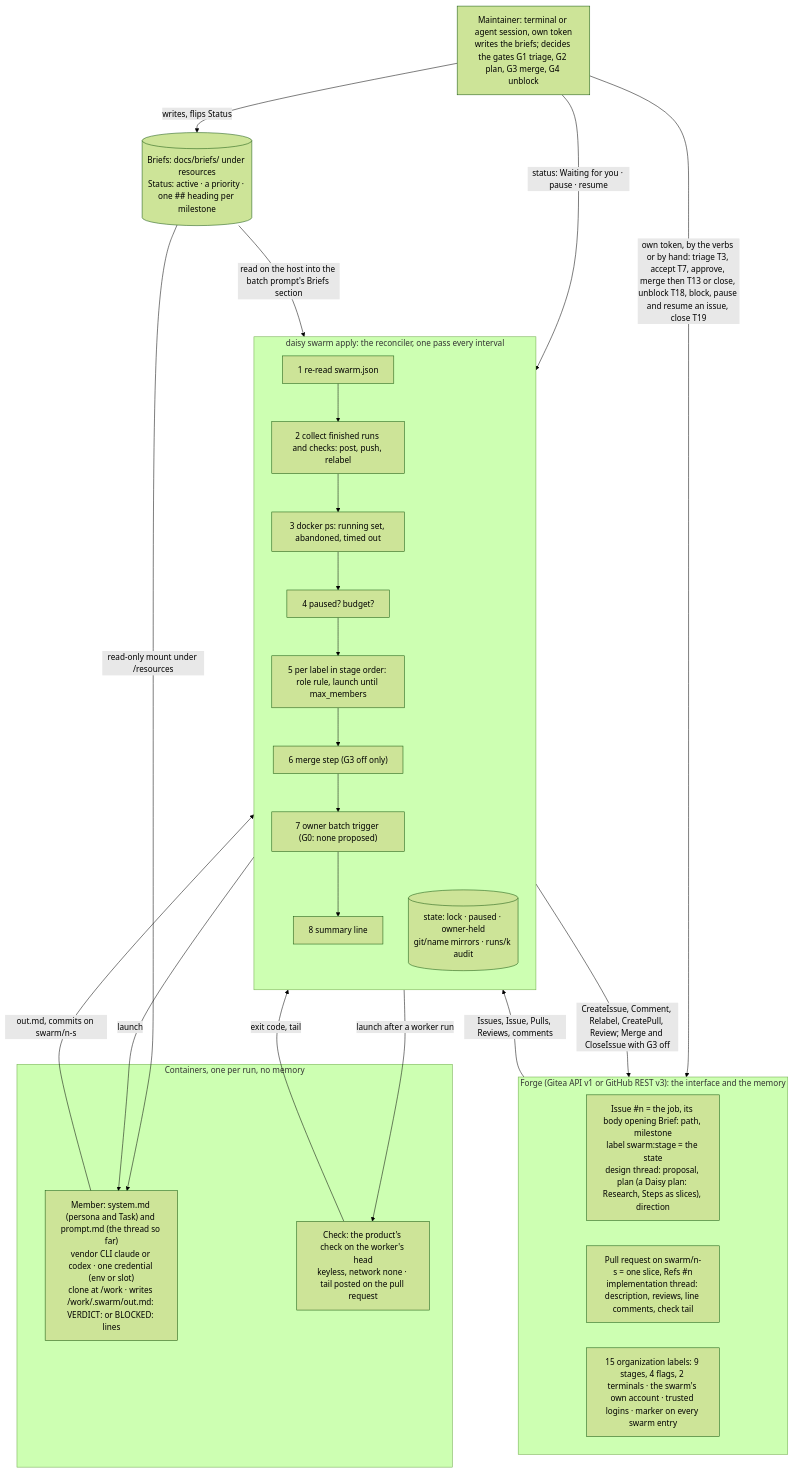
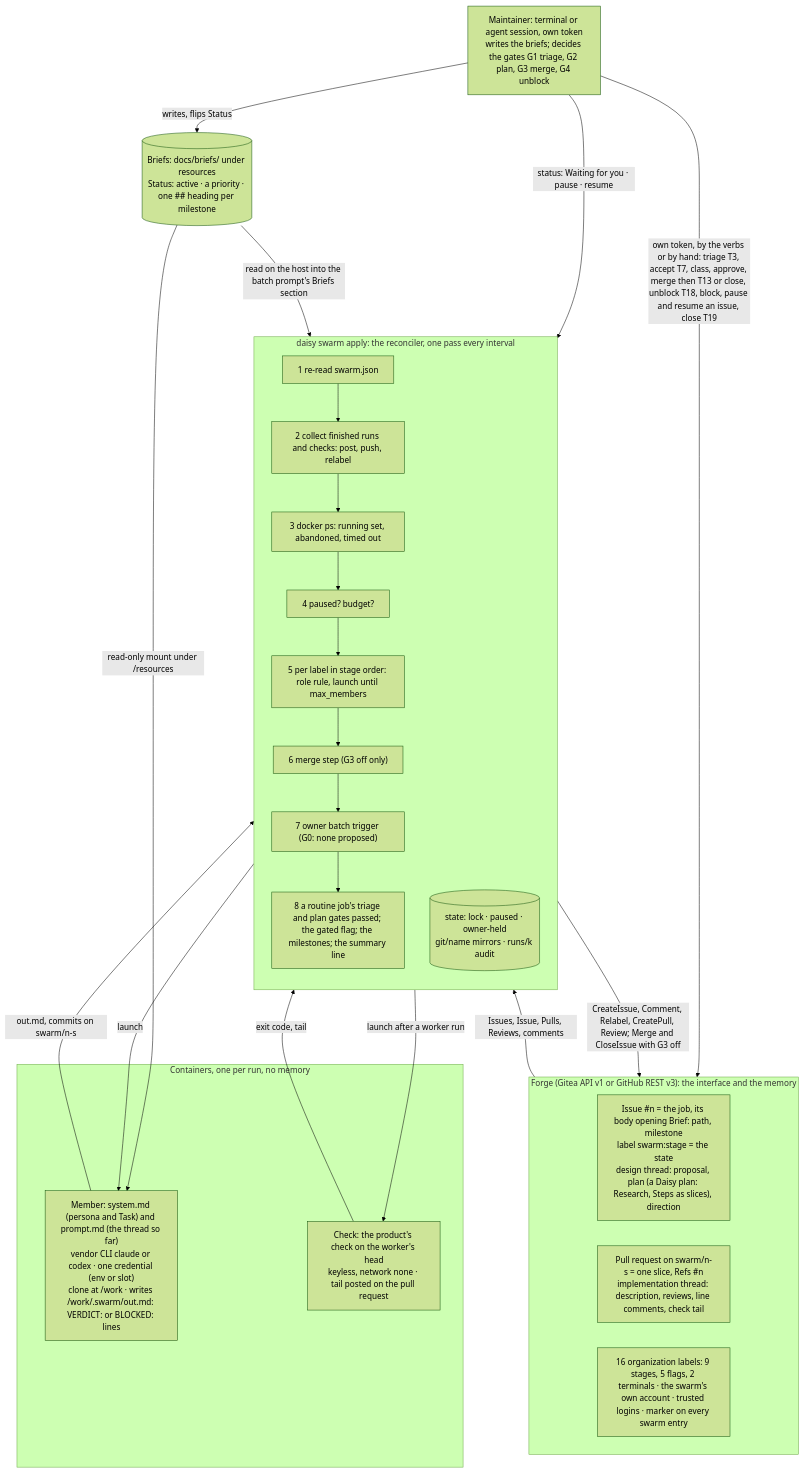
Before and after one commit to farraway/daisy: the first of 2 diagrams in docs/swarm.md, drawn with Mermaid (forest theme). The commit also changed other lines of this file and 30 other files, not shown here.

Commit message:
Step 20: gates by job class: a routine job passes triage and the plan by itself, swarm class, the sixteenth label

````diff
--- a/docs/swarm.md
+++ b/docs/swarm.md
@@ -162,36 +173,36 @@
 ```mermaid
 flowchart TB
   M["Maintainer: terminal or agent session, own token<br/>writes the briefs; decides the gates G1 triage, G2 plan, G3 merge, G4 unblock"]
   B[("Briefs: docs/briefs/ under resources<br/>Status: active · a priority · one ## heading per milestone")]
   subgraph F["Forge (Gitea API v1 or GitHub REST v3): the interface and the memory"]
     I["Issue #n = the job, its body opening Brief: path, milestone<br/>label swarm:stage = the state<br/>design thread: proposal, plan (a Daisy plan: Research, Steps as slices), direction"]
     P["Pull request on swarm/n-s = one slice, Refs #n<br/>implementation thread: description, reviews, line comments, check tail"]
-    L["15 organization labels: 9 stages, 4 flags, 2 terminals · the swarm's own account · trusted logins · marker on every swarm entry"]
+    L["16 organization labels: 9 stages, 5 flags, 2 terminals · the swarm's own account · trusted logins · marker on every swarm entry"]
   end
   subgraph A["daisy swarm apply: the reconciler, one pass every interval"]
     direction TB
     S1["1 re-read swarm.json"] --> S2["2 collect finished runs and checks: post, push, relabel"]
     S2 --> S3["3 docker ps: running set, abandoned, timed out"]
     S3 --> S4["4 paused? budget?"]
     S4 --> S5["5 per label in stage order: role rule, launch until max_members"]
     S5 --> S6["6 merge step (G3 off only)"]
     S6 --> S7["7 owner batch trigger (G0: none proposed)"]
-    S7 --> S8["8 summary line"]
+    S7 --> S8["8 a routine job's triage and plan gates passed; the gated flag; the milestones; the summary line"]
     ST[("state: lock · paused · owner-held<br/>git/name mirrors · runs/k audit")]
   end
   subgraph C["Containers, one per run, no memory"]
     MC["Member: system.md (persona and Task) and prompt.md (the thread so far)<br/>vendor CLI claude or codex · one credential (env or slot)<br/>clone at /work · writes /work/.swarm/out.md: VERDICT: or BLOCKED: lines"]
     CC["Check: the product's check on the worker's head<br/>keyless, network none · tail posted on the pull request"]
   end
   M -- "writes, flips Status" --> B
   M -- "status: Waiting for you · pause · resume" --> A
-  M -- "own token, by the verbs or by hand: triage T3, accept T7, approve, merge then T13 or close, unblock T18, block, pause and resume an issue, close T19" --> F
+  M -- "own token, by the verbs or by hand: triage T3, accept T7, class, approve, merge then T13 or close, unblock T18, block, pause and resume an issue, close T19" --> F
   B -- "read on the host into the batch prompt's Briefs section" --> A
   B -- "read-only mount under /resources" --> MC
   F -- "Issues, Issue, Pulls, Reviews, comments" --> A
   A -- "CreateIssue, Comment, Relabel, CreatePull, Review; Merge and CloseIssue with G3 off" --> F
   A -- "launch" --> MC
   A -- "launch after a worker run" --> CC
   MC -- "out.md, commits on swarm/n-s" --> A
   CC -- "exit code, tail" --> A
 ```
````
